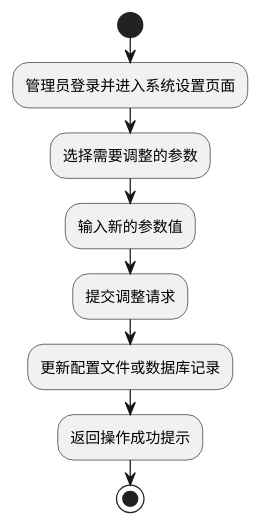
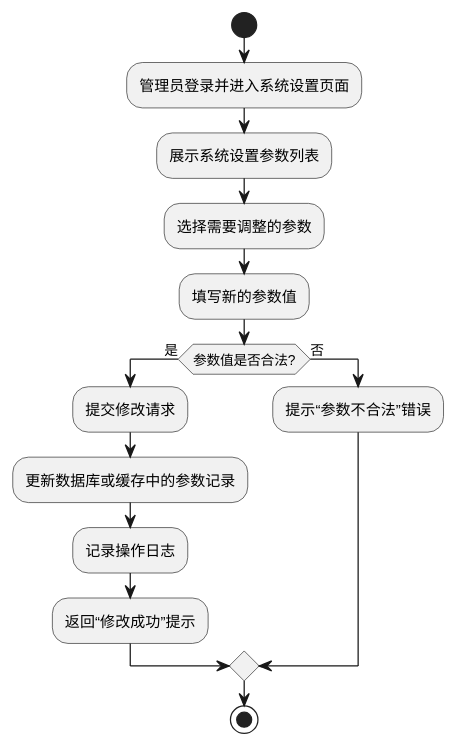
The diagram in src/main/java/com/mhc/springbootclouddisk/plantuml/activity/admin3.puml (1600496156/springboot-cloud-disk), drawn with PlantUML before and after one commit. The commit also changed 9 other files, not shown here.

```diff
--- a/src/main/java/com/mhc/springbootclouddisk/plantuml/activity/admin3.puml
+++ b/src/main/java/com/mhc/springbootclouddisk/plantuml/activity/admin3.puml
@@ -1,10 +1,17 @@
 @startuml
 start
+
 :管理员登录并进入系统设置页面;
-:选择需要调整的参数;
-:输入新的参数值;
-:提交调整请求;
-:更新配置文件或数据库记录;
-:返回操作成功提示;
+    :展示系统设置参数列表;
+    :选择需要调整的参数;
+    :填写新的参数值;
+    if (参数值是否合法?) then (是)
+      :提交修改请求;
+      :更新数据库或缓存中的参数记录;
+      :记录操作日志;
+      :返回“修改成功”提示;
+    else (否)
+      :提示“参数不合法”错误;
+    endif
 stop
 @enduml
```
